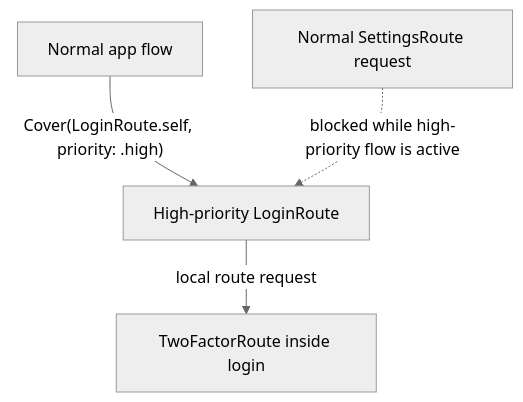
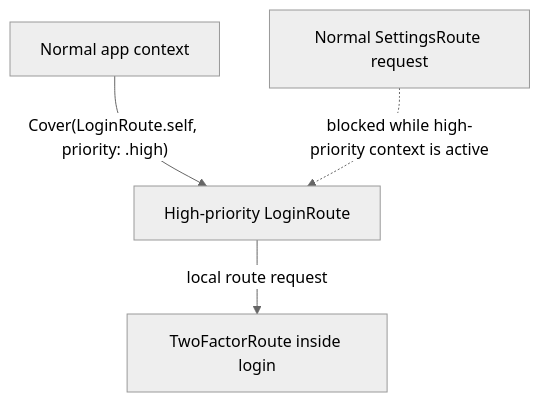
Before and after one commit to mtzaquia/departure: the third of 3 diagrams in README.md, drawn with Mermaid (neutral theme). The commit also changed other lines of this file and 26 other files, not shown here.

````diff
--- a/README.md
+++ b/README.md
@@ -445,11 +445,11 @@
 ```mermaid
 flowchart TD
-    normal["Normal app flow"]
+    normal["Normal app context"]
     login["High-priority LoginRoute"]
     twofactor["TwoFactorRoute inside login"]
     settings["Normal SettingsRoute request"]
 
     normal -->|"Cover(LoginRoute.self, priority: .high)"| login
     login -->|"local route request"| twofactor
-    settings -.->|"blocked while high-priority flow is active"| login
+    settings -.->|"blocked while high-priority context is active"| login
 ```
````
